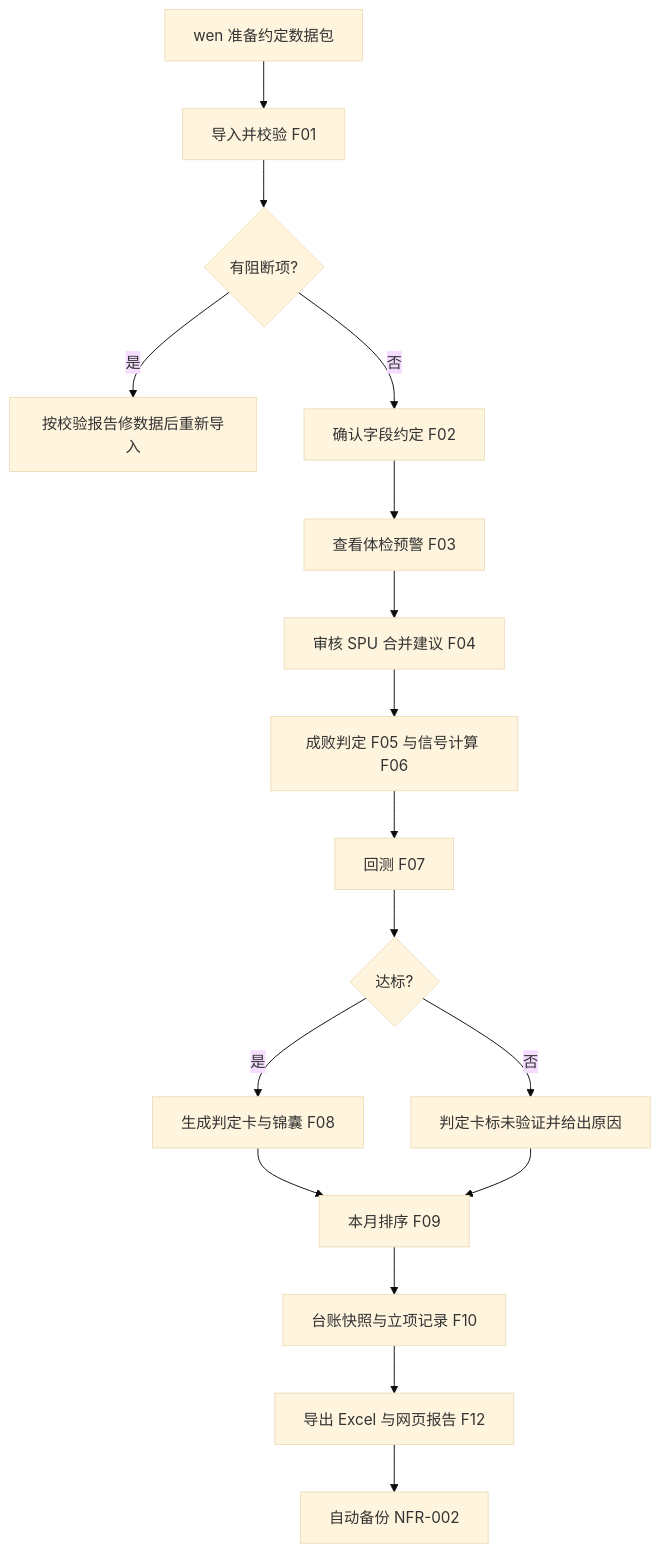
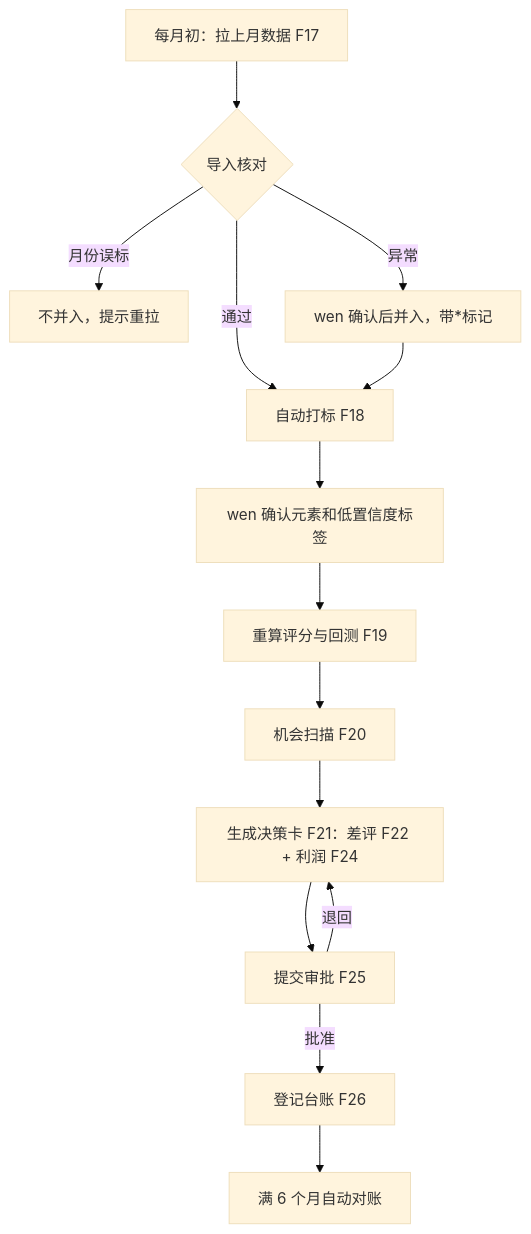
Before and after one commit to staring9811-prog/wxb981111-163.com: the first of 2 diagrams in opportunity-research/output/PRD详细版.md, drawn with Mermaid (base theme). The commit also changed other lines of this file and 6 other files, not shown here.

````diff
--- a/opportunity-research/output/PRD详细版.md
+++ b/opportunity-research/output/PRD详细版.md
@@ -368,19 +282,16 @@
 ```mermaid
 flowchart TD
-    A[wen 准备约定数据包] --> B[导入并校验 F01]
-    B --> C{有阻断项?}
-    C -->|是| B1[按校验报告修数据后重新导入]
-    C -->|否| D[确认字段约定 F02]
-    D --> E[查看体检预警 F03]
-    E --> F[审核 SPU 合并建议 F04]
-    F --> G[成败判定 F05 与信号计算 F06]
-    G --> H[回测 F07]
-    H --> I{达标?}
-    I -->|是| J[生成判定卡与锦囊 F08]
-    I -->|否| K[判定卡标未验证并给出原因]
-    J --> L[本月排序 F09]
-    K --> L
-    L --> M[台账快照与立项记录 F10]
-    M --> N[导出 Excel 与网页报告 F12]
-    N --> O[自动备份 NFR-002]
+    A[每月初：拉上月数据 F17] --> B{导入核对}
+    B -->|月份误标| X[不并入，提示重拉]
+    B -->|异常| C[wen 确认后并入，带*标记]
+    B -->|通过| D[自动打标 F18]
+    C --> D
+    D --> E[wen 确认元素和低置信度标签]
+    E --> F[重算评分与回测 F19]
+    F --> G[机会扫描 F20]
+    G --> H[生成决策卡 F21：差评 F22 + 利润 F24]
+    H --> I[提交审批 F25]
+    I -->|批准| J[登记台账 F26]
+    I -->|退回| H
+    J --> K[满 6 个月自动对账]
 ```
````
